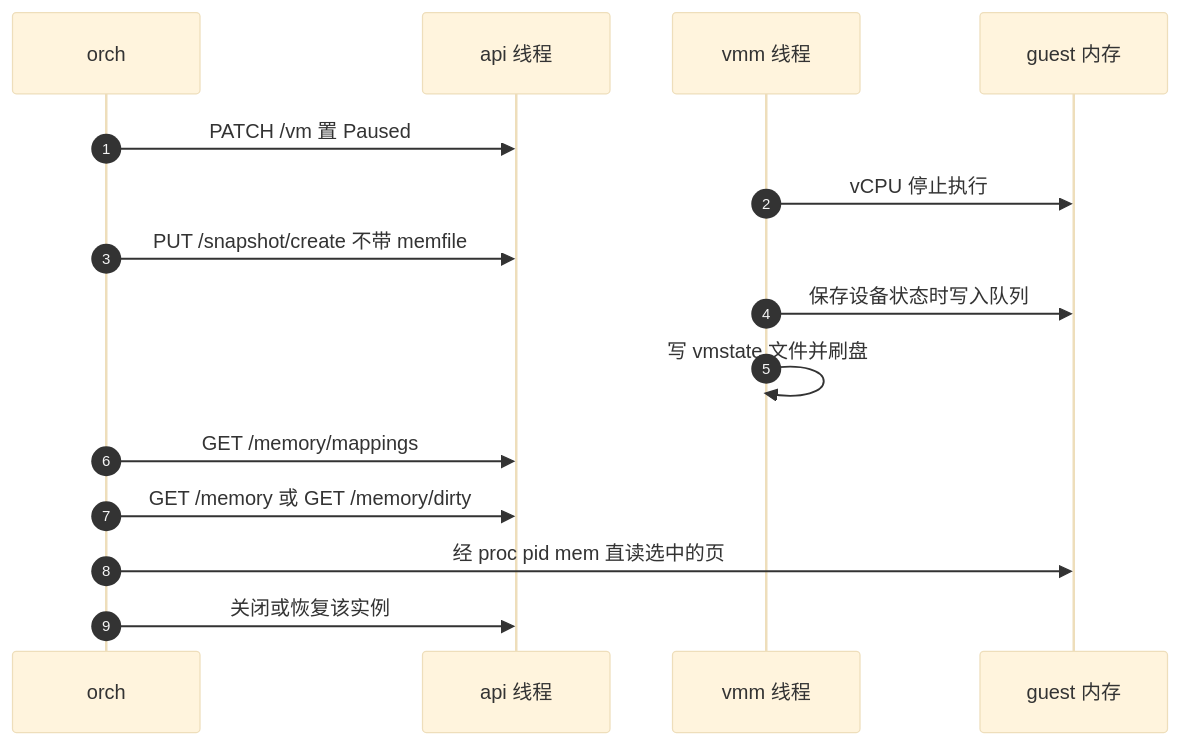
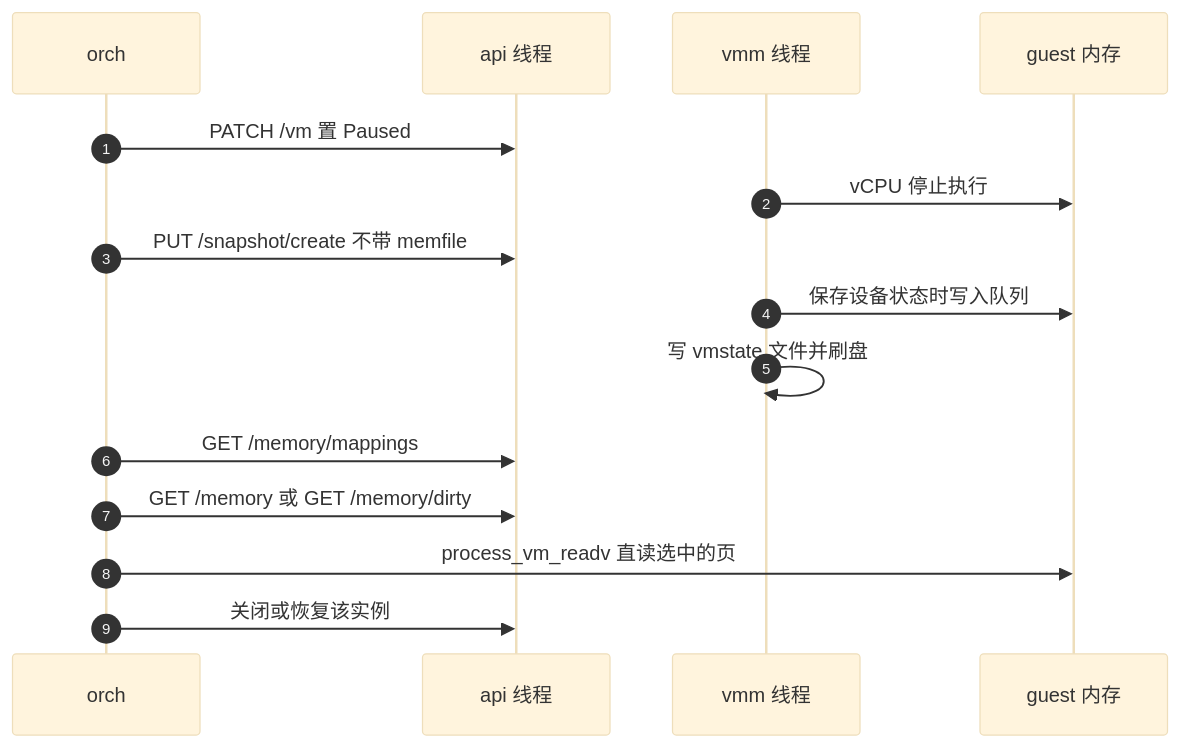
One commit to AustinJiangg/ai-books changed the second of 2 diagrams in firecracker/54-optional-memfile-snapshot.md. Above: the diagram before and after it, drawn with Mermaid (base theme). The commit also changed other lines of this file and 35 other files, not shown here.

````diff
--- a/firecracker/54-optional-memfile-snapshot.md
+++ b/firecracker/54-optional-memfile-snapshot.md
@@ -161,17 +161,17 @@
 ```mermaid
 sequenceDiagram
     autonumber
     participant orch as orch
     participant api as api 线程
     participant vmm as vmm 线程
     participant mem as guest 内存
     orch->>api: PATCH /vm 置 Paused
     vmm->>mem: vCPU 停止执行
     orch->>api: PUT /snapshot/create 不带 memfile
     vmm->>mem: 保存设备状态时写入队列
     vmm->>vmm: 写 vmstate 文件并刷盘
     orch->>api: GET /memory/mappings
     orch->>api: GET /memory 或 GET /memory/dirty
-    orch->>mem: 经 proc pid mem 直读选中的页
+    orch->>mem: process_vm_readv 直读选中的页
     orch->>api: 关闭或恢复该实例
 ```
````
